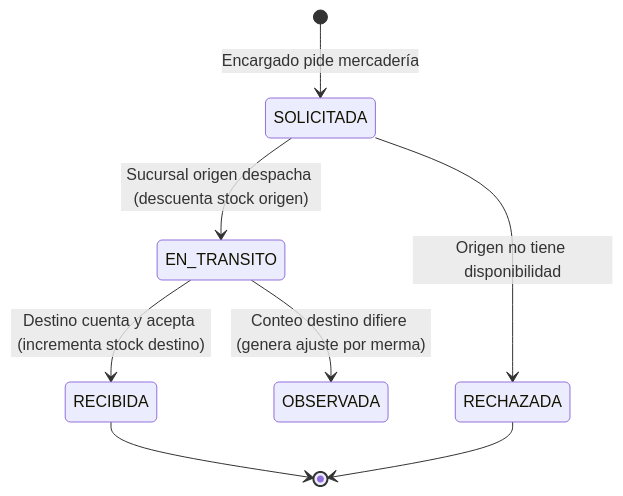
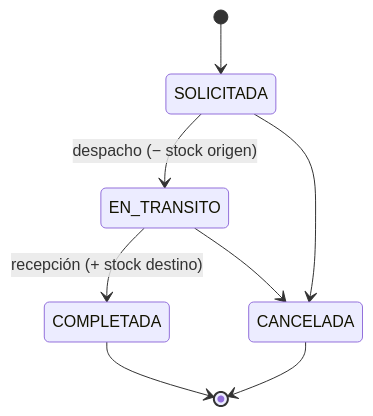
One commit to jc-larry/ecommerce-fashionstore changed diagram 14 of 14 in Ciclo2.md. Above: the diagram before and after it, drawn with Mermaid. The commit also changed other lines of this file and 267 other files, not shown here.

````diff
--- a/Ciclo2.md
+++ b/Ciclo2.md
@@ -862,10 +618,10 @@
 ```mermaid
 stateDiagram-v2
-    [*] --> SOLICITADA: Encargado pide mercadería
-    SOLICITADA --> EN_TRANSITO: Sucursal origen despacha (descuenta stock origen)
-    SOLICITADA --> RECHAZADA: Origen no tiene disponibilidad
-    EN_TRANSITO --> RECIBIDA: Destino cuenta y acepta (incrementa stock destino)
-    EN_TRANSITO --> OBSERVADA: Conteo destino difiere (genera ajuste por merma)
-    RECIBIDA --> [*]
-    RECHAZADA --> [*]
+    [*] --> SOLICITADA
+    SOLICITADA --> EN_TRANSITO: despacho (− stock origen)
+    EN_TRANSITO --> COMPLETADA: recepción (+ stock destino)
+    SOLICITADA --> CANCELADA
+    EN_TRANSITO --> CANCELADA
+    COMPLETADA --> [*]
+    CANCELADA --> [*]
 ```
````
